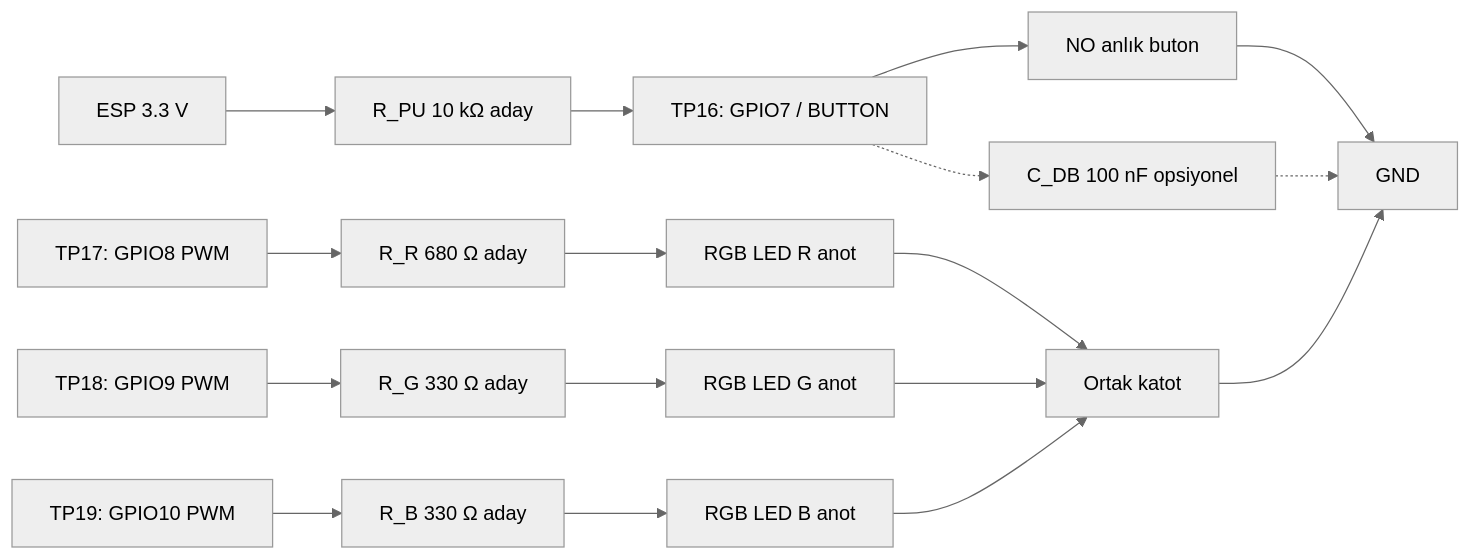
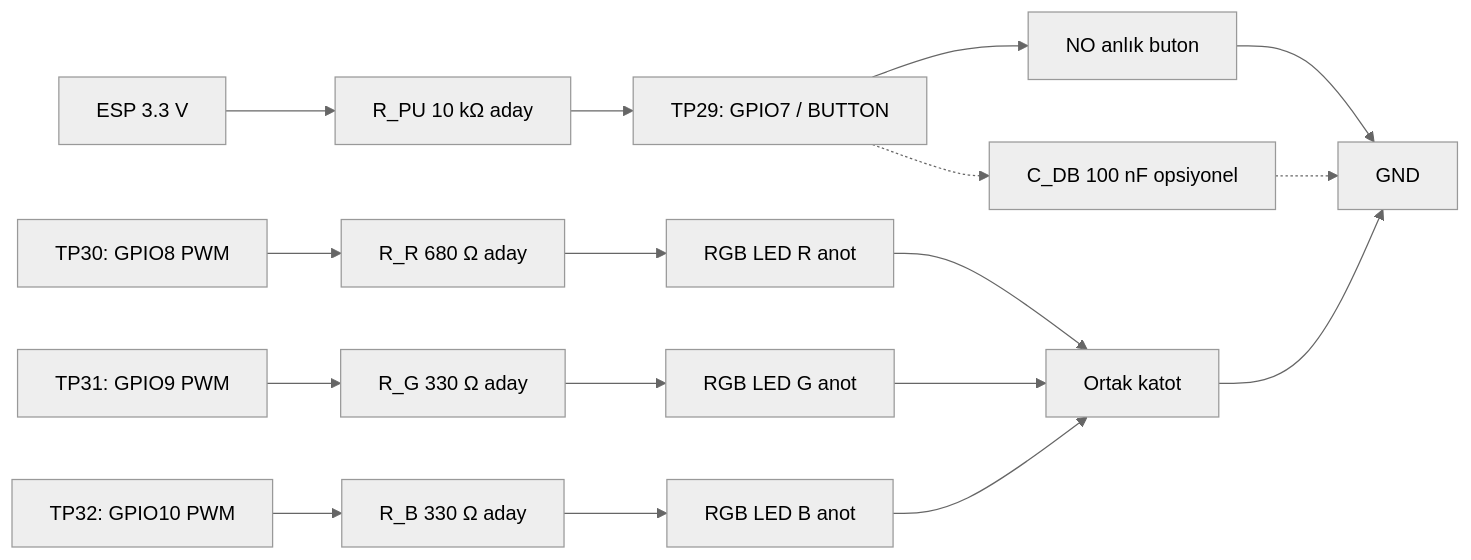
The fourth of 7 diagrams in docs/02-hardware/circuit-and-wiring-plan.md (ktahatastan/esp32-airplay-speakers), drawn with Mermaid (neutral theme) before and after one commit. The commit also changed other lines of this file and 122 other files, not shown here.

````diff
--- a/docs/02-hardware/circuit-and-wiring-plan.md
+++ b/docs/02-hardware/circuit-and-wiring-plan.md
@@ -231,20 +280,20 @@
 ```mermaid
 flowchart LR
     V33[ESP 3.3 V] --> RPU[R_PU 10 kΩ aday]
-    RPU --> BTN_NODE[TP16: GPIO7 / BUTTON]
+    RPU --> BTN_NODE[TP29: GPIO7 / BUTTON]
     BTN_NODE --> SWBTN[NO anlık buton]
     SWBTN --> GND[GND]
     BTN_NODE -.-> CDB[C_DB 100 nF opsiyonel]
     CDB -.-> GND
 
-    GR[TP17: GPIO8 PWM] --> RR[R_R 680 Ω aday]
+    GR[TP30: GPIO8 PWM] --> RR[R_R 680 Ω aday]
     RR --> LR[RGB LED R anot]
-    GG[TP18: GPIO9 PWM] --> RG[R_G 330 Ω aday]
+    GG[TP31: GPIO9 PWM] --> RG[R_G 330 Ω aday]
     RG --> LG[RGB LED G anot]
-    GB[TP19: GPIO10 PWM] --> RB[R_B 330 Ω aday]
+    GB[TP32: GPIO10 PWM] --> RB[R_B 330 Ω aday]
     RB --> LB[RGB LED B anot]
     LR --> CC[Ortak katot]
     LG --> CC
     LB --> CC
     CC --> GND
 ```
````
